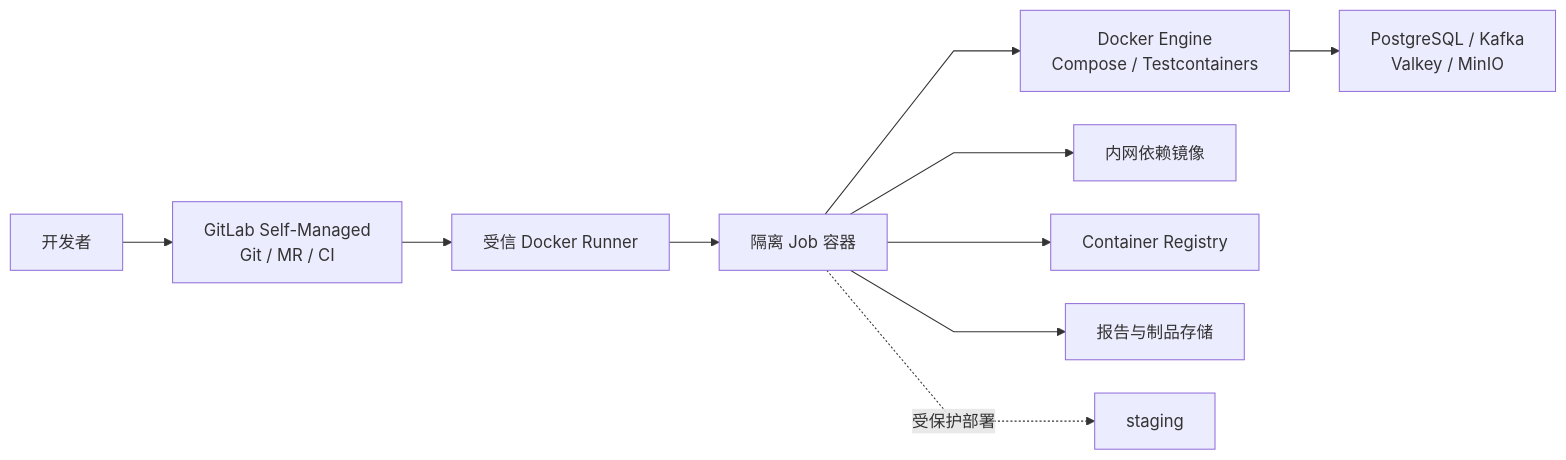
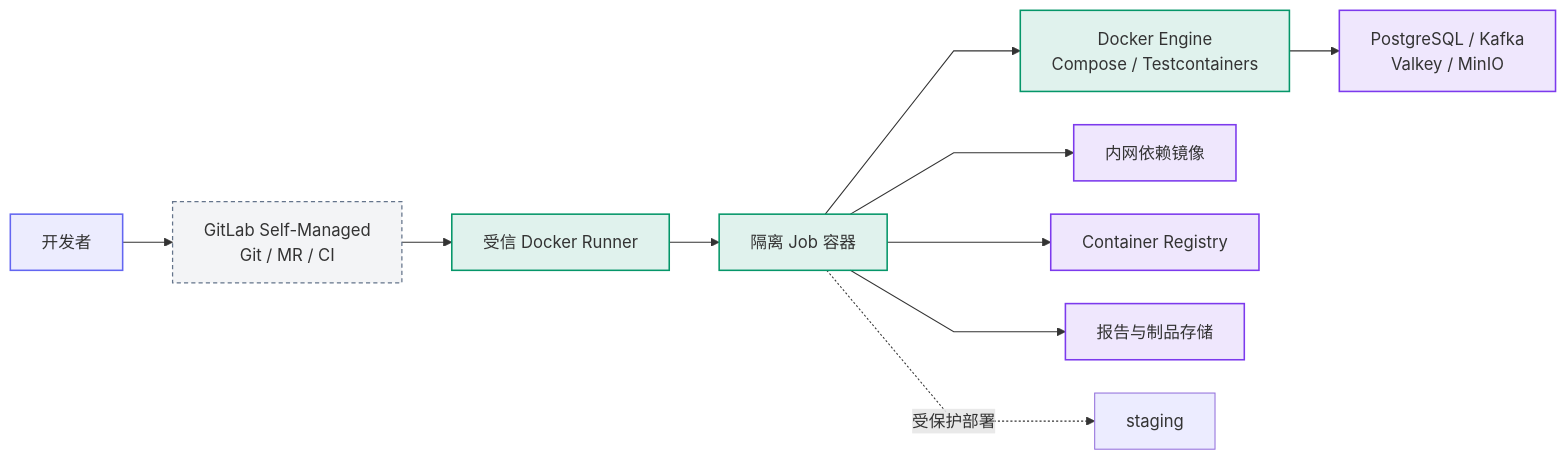
The diagram in docs/runbook/gitlab-self-managed-migration.md (pinpols/file-batch-system), drawn with Mermaid before and after one commit. The commit also changed 34 other files, not shown here.

First line of the commit message:
docs(diagram): 完成 P3 Mermaid 图样式收口并补充制图规范 (#1390)

````diff
--- a/docs/runbook/gitlab-self-managed-migration.md
+++ b/docs/runbook/gitlab-self-managed-migration.md
@@ -21,13 +21,19 @@
 ```mermaid
 %%{init: {"flowchart":{"curve":"linear","nodeSpacing":32,"rankSpacing":48},"sequence":{"mirrorActors":false}}}%%
 flowchart LR
-  DEV["开发者"] --> GL["GitLab Self-Managed<br/>Git / MR / CI"]
-  GL --> RUNNER["受信 Docker Runner"]
-  RUNNER --> JOB["隔离 Job 容器"]
-  JOB --> ENGINE["Docker Engine<br/>Compose / Testcontainers"]
-  ENGINE --> DEPS["PostgreSQL / Kafka<br/>Valkey / MinIO"]
-  JOB --> MIRROR["内网依赖镜像"]
-  JOB --> REG["Container Registry"]
-  JOB --> ART["报告与制品存储"]
-  JOB -. "受保护部署" .-> STG["staging"]
+  DEV["开发者"]:::entry --> GL["GitLab Self-Managed<br/>Git / MR / CI"]:::ext
+  GL --> RUNNER["受信 Docker Runner"]:::worker
+  RUNNER --> JOB["隔离 Job 容器"]:::worker
+  JOB --> ENGINE["Docker Engine<br/>Compose / Testcontainers"]:::worker
+  ENGINE --> DEPS["PostgreSQL / Kafka<br/>Valkey / MinIO"]:::store
+  JOB --> MIRROR["内网依赖镜像"]:::store
+  JOB --> REG["Container Registry"]:::store
+  JOB --> ART["报告与制品存储"]:::store
+  JOB -. "受保护部署" .-> STG["staging"]:::control
+
+  classDef entry fill:#6366f11f,stroke:#6366f1,stroke-width:1.5px
+  classDef mq fill:#d977061f,stroke:#d97706,stroke-width:1.5px
+  classDef worker fill:#0596691f,stroke:#059669,stroke-width:1.5px
+  classDef store fill:#7c3aed1f,stroke:#7c3aed,stroke-width:1.5px
+  classDef ext fill:#64748b14,stroke:#64748b,stroke-width:1.2px,stroke-dasharray:4 3
 ```
````
